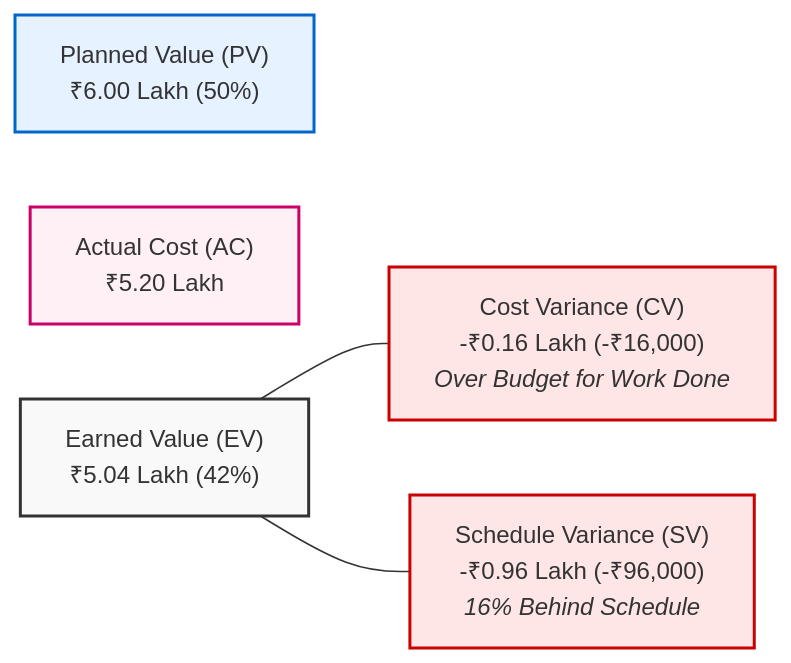
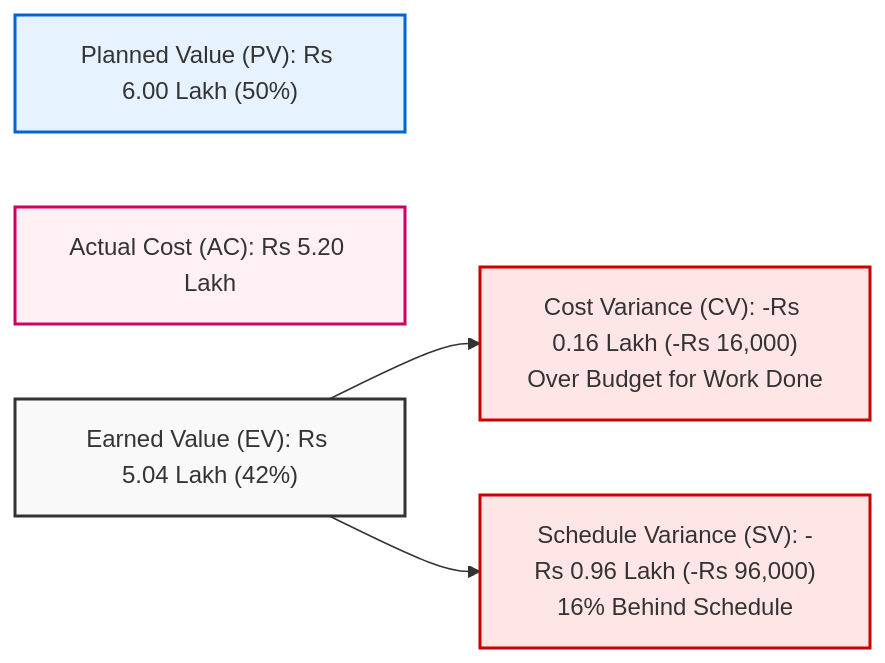
One commit to MSB-io/HomeStay changed the diagram in docs/06_Risk_Register_and_Status_Report.md. Above: the diagram before and after it, drawn with Mermaid. The commit also changed 4 other files, not shown here.

Commit message:
Fix(mermaid): resolve GitHub rendering error 'Cannot read properties of undefined (reading type)' in Gantt and network diagrams

````diff
--- a/docs/06_Risk_Register_and_Status_Report.md
+++ b/docs/06_Risk_Register_and_Status_Report.md
@@ -15,15 +15,15 @@
 ```mermaid
 graph LR
-    PV["Planned Value (PV)<br/>₹6.00 Lakh (50%)"] 
-    AC["Actual Cost (AC)<br/>₹5.20 Lakh"]
-    EV["Earned Value (EV)<br/>₹5.04 Lakh (42%)"]
+    PV["Planned Value (PV): Rs 6.00 Lakh (50%)"] 
+    AC["Actual Cost (AC): Rs 5.20 Lakh"]
+    EV["Earned Value (EV): Rs 5.04 Lakh (42%)"]
 
-    EV --- CV["Cost Variance (CV)<br/>-₹0.16 Lakh (-₹16,000)<br/><i>Over Budget for Work Done</i>"]
-    EV --- SV["Schedule Variance (SV)<br/>-₹0.96 Lakh (-₹96,000)<br/><i>16% Behind Schedule</i>"]
+    EV --> CV["Cost Variance (CV): -Rs 0.16 Lakh (-Rs 16,000)<br/>Over Budget for Work Done"]
+    EV --> SV["Schedule Variance (SV): -Rs 0.96 Lakh (-Rs 96,000)<br/>16% Behind Schedule"]
 
     style PV fill:#e6f2ff,stroke:#0066cc,stroke-width:2px
     style AC fill:#fff0f5,stroke:#cc0066,stroke-width:2px
     style EV fill:#f9f9f9,stroke:#333333,stroke-width:2px
     style CV fill:#ffe6e6,stroke:#cc0000,stroke-width:2px
     style SV fill:#ffe6e6,stroke:#cc0000,stroke-width:2px
 ```
````
